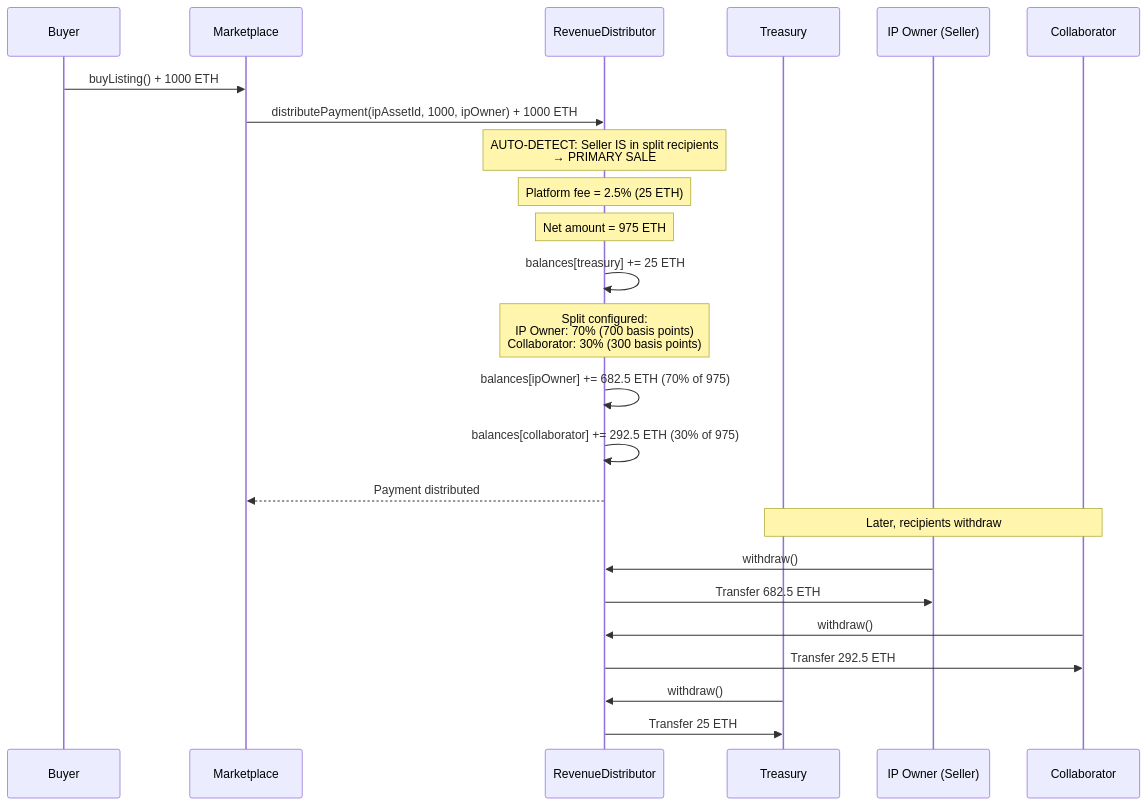
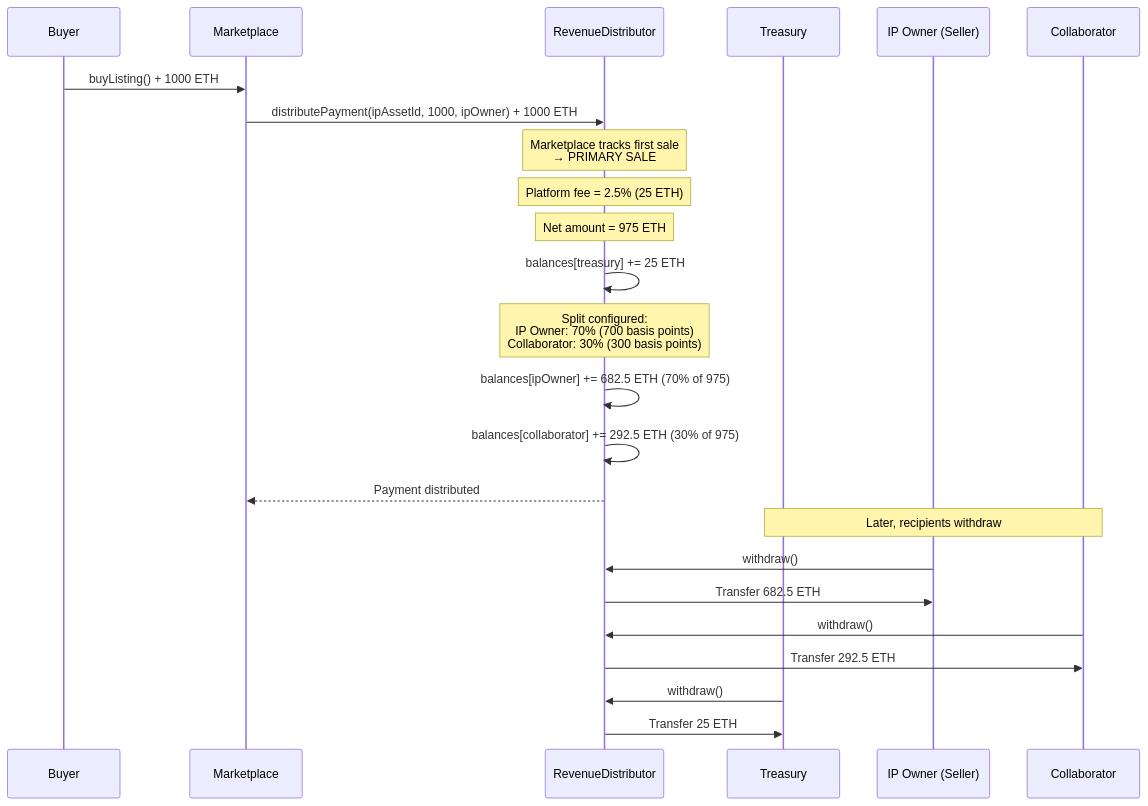
Before and after one commit to nomadbitcoin/softlaw-marketplace-contracts: the second of 6 diagrams in docs/src/architecture/revenue-flow.md, drawn with Mermaid. The commit also changed other lines of this file and 3 other files, not shown here.

````diff
--- a/docs/src/architecture/revenue-flow.md
+++ b/docs/src/architecture/revenue-flow.md
@@ -83,37 +81,37 @@
 ```mermaid
 sequenceDiagram
     participant Buyer
     participant MP as Marketplace
     participant RD as RevenueDistributor
     participant Treasury
     participant IPOwner as IP Owner (Seller)
     participant Collaborator
 
     Buyer->>MP: buyListing() + 1000 ETH
     MP->>RD: distributePayment(ipAssetId, 1000, ipOwner) + 1000 ETH
 
-    Note over RD: AUTO-DETECT: Seller IS in split recipients<br/>→ PRIMARY SALE
+    Note over RD: Marketplace tracks first sale<br/>→ PRIMARY SALE
 
     Note over RD: Platform fee = 2.5% (25 ETH)
     Note over RD: Net amount = 975 ETH
 
     RD->>RD: balances[treasury] += 25 ETH
 
     Note over RD: Split configured:<br/>IP Owner: 70% (700 basis points)<br/>Collaborator: 30% (300 basis points)
 
     RD->>RD: balances[ipOwner] += 682.5 ETH (70% of 975)
     RD->>RD: balances[collaborator] += 292.5 ETH (30% of 975)
 
     RD-->>MP: Payment distributed
 
     Note over Treasury,Collaborator: Later, recipients withdraw
 
     IPOwner->>RD: withdraw()
     RD->>IPOwner: Transfer 682.5 ETH
 
     Collaborator->>RD: withdraw()
     RD->>Collaborator: Transfer 292.5 ETH
 
     Treasury->>RD: withdraw()
     RD->>Treasury: Transfer 25 ETH
 ```
````
